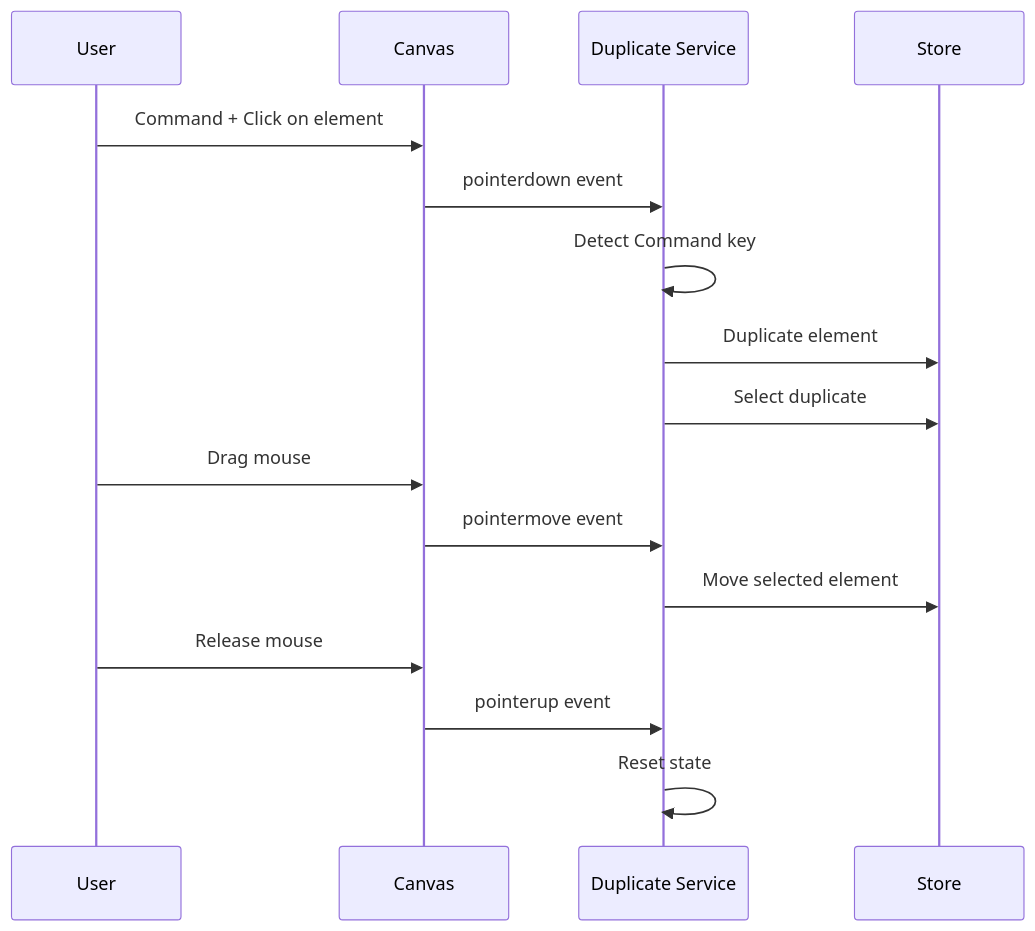
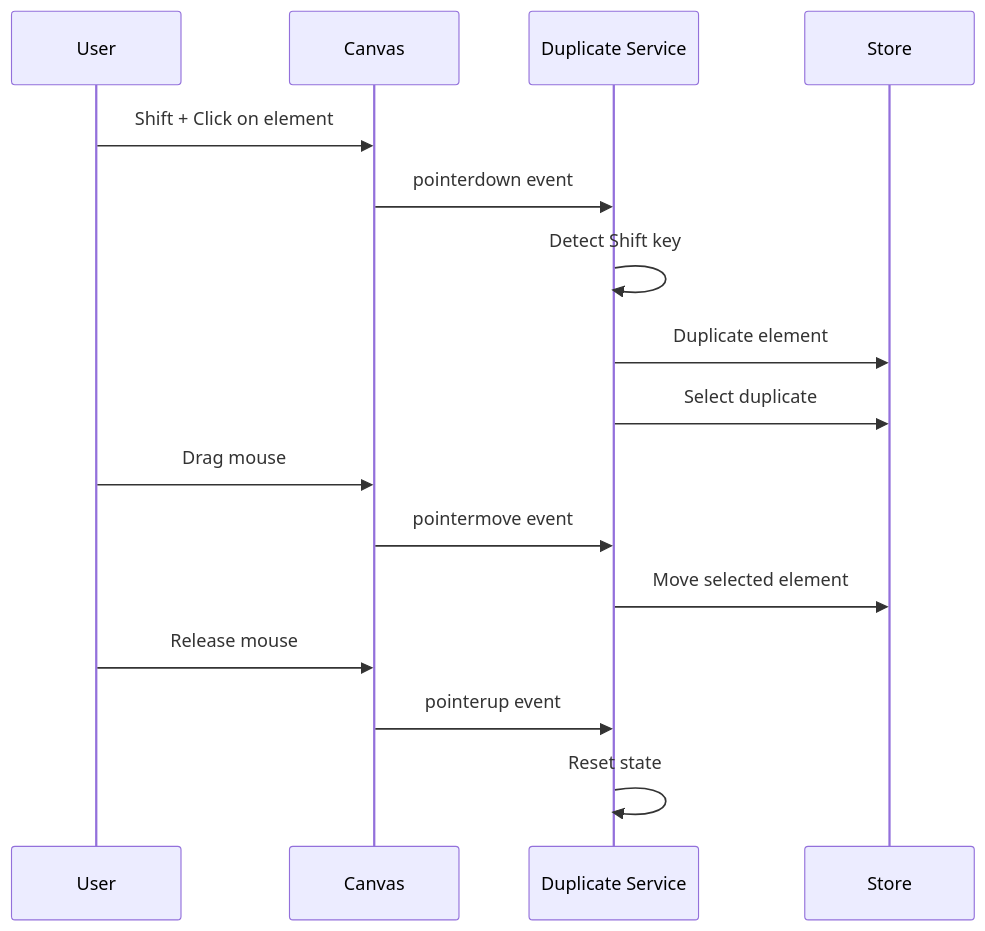
One commit to ekrsulov/ttpe changed the diagram in doc/docs/plugins/catalog/duplicate-on-drag.md. Above: the diagram before and after it, drawn with Mermaid. The commit also changed other lines of this file and 9 other files, not shown here.

````diff
--- a/doc/docs/plugins/catalog/duplicate-on-drag.md
+++ b/doc/docs/plugins/catalog/duplicate-on-drag.md
@@ -30,21 +30,21 @@
 ```mermaid
 sequenceDiagram
     participant User
     participant Canvas
     participant Service as Duplicate Service
     participant Store
     
-    User->>Canvas: Command + Click on element
+    User->>Canvas: Shift + Click on element
     Canvas->>Service: pointerdown event
-    Service->>Service: Detect Command key
+    Service->>Service: Detect Shift key
     Service->>Store: Duplicate element
     Service->>Store: Select duplicate
     
     User->>Canvas: Drag mouse
     Canvas->>Service: pointermove event
     Service->>Store: Move selected element
     
     User->>Canvas: Release mouse
     Canvas->>Service: pointerup event
     Service->>Service: Reset state
 ```
````
